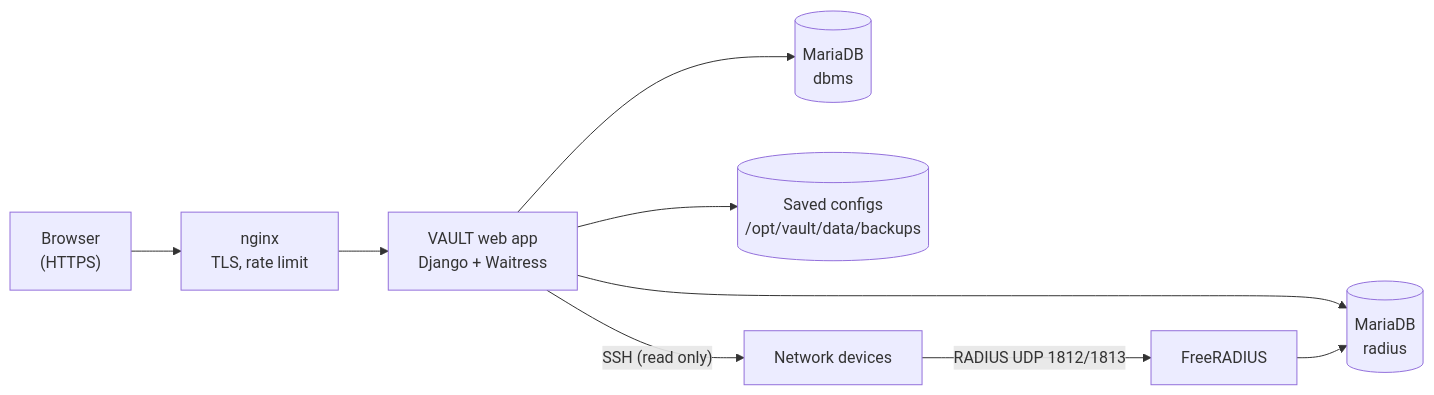
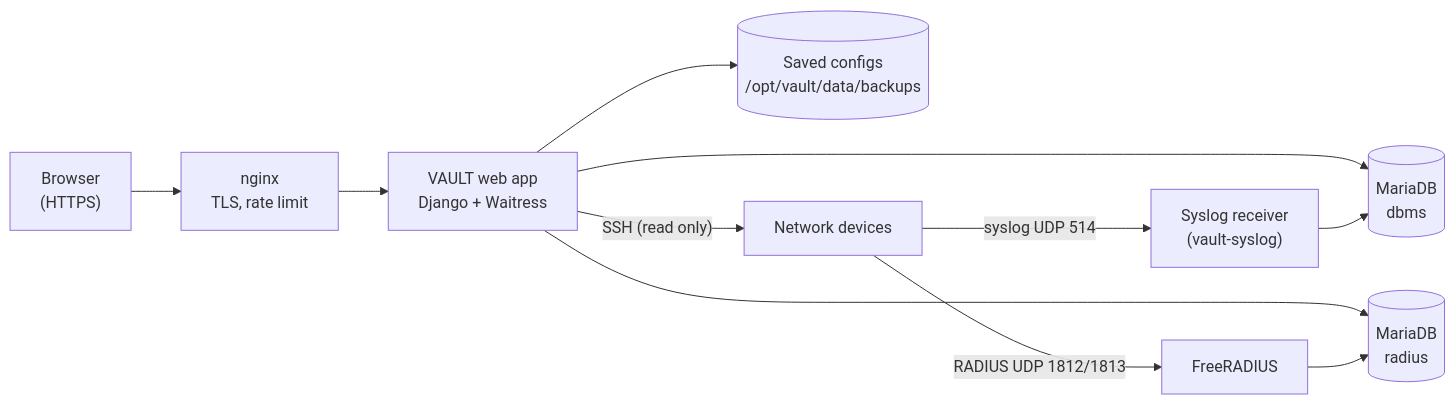
Before and after one commit to ahsanulhaqueromman/BdREN-VAULT: the diagram in README.md, drawn with Mermaid. The commit also changed other lines of this file and 36 other files, not shown here.

````diff
--- a/README.md
+++ b/README.md
@@ -79,11 +82,13 @@
 ```mermaid
 flowchart LR
     Browser["Browser<br/>(HTTPS)"] --> Nginx["nginx<br/>TLS, rate limit"]
     Nginx --> App["VAULT web app<br/>Django + Waitress"]
     App --> DB[("MariaDB<br/>dbms")]
     App --> RDB[("MariaDB<br/>radius")]
     App --> Files[("Saved configs<br/>/opt/vault/data/backups")]
     App -- "SSH (read only)" --> Devices["Network devices"]
     Devices -- "RADIUS UDP 1812/1813" --> FR["FreeRADIUS"]
     FR --> RDB
+    Devices -- "syslog UDP 514" --> SL["Syslog receiver<br/>(vault-syslog)"]
+    SL --> DB
 ```
````
